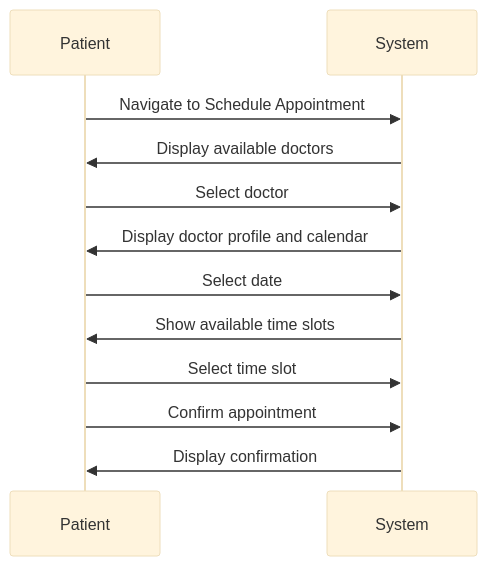
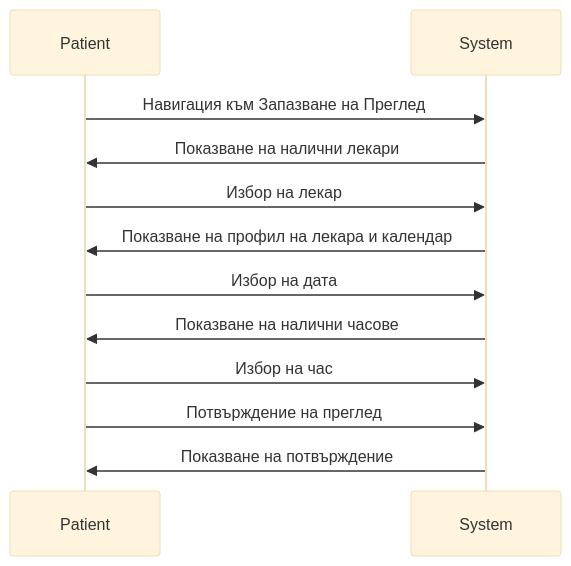
One commit to RadostV/webmedicalscheduler changed the first of 3 diagrams in docs/guides/user-guide.md. Above: the diagram before and after it, drawn with Mermaid (base theme). The commit also changed other lines of this file and 39 other files, not shown here.

````diff
--- a/docs/guides/user-guide.md
+++ b/docs/guides/user-guide.md
@@ -47,18 +47,18 @@
 ```mermaid
 sequenceDiagram
     participant Patient
     participant System
 
-    Patient->>System: Navigate to Schedule Appointment
-    System->>Patient: Display available doctors
+    Patient->>System: Навигация към Запазване на Преглед
+    System->>Patient: Показване на налични лекари
 
-    Patient->>System: Select doctor
-    System->>Patient: Display doctor profile and calendar
+    Patient->>System: Избор на лекар
+    System->>Patient: Показване на профил на лекара и календар
 
-    Patient->>System: Select date
-    System->>Patient: Show available time slots
+    Patient->>System: Избор на дата
+    System->>Patient: Показване на налични часове
 
-    Patient->>System: Select time slot
-    Patient->>System: Confirm appointment
-    System->>Patient: Display confirmation
+    Patient->>System: Избор на час
+    Patient->>System: Потвърждение на преглед
+    System->>Patient: Показване на потвърждение
 ```
````
